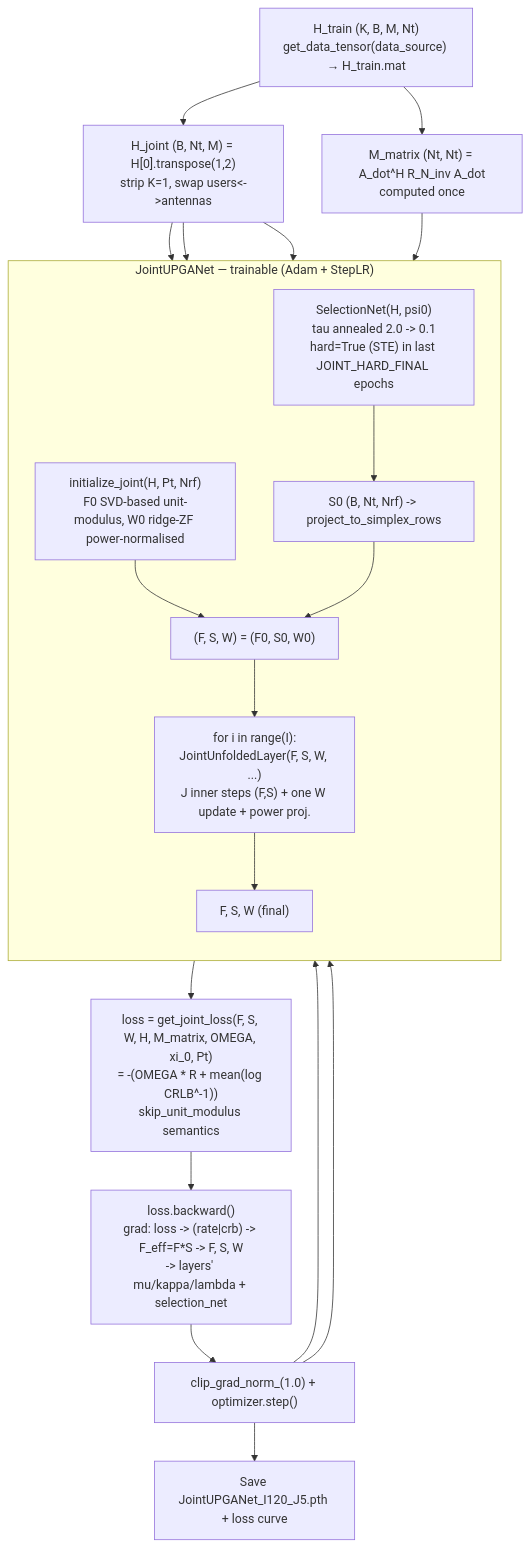
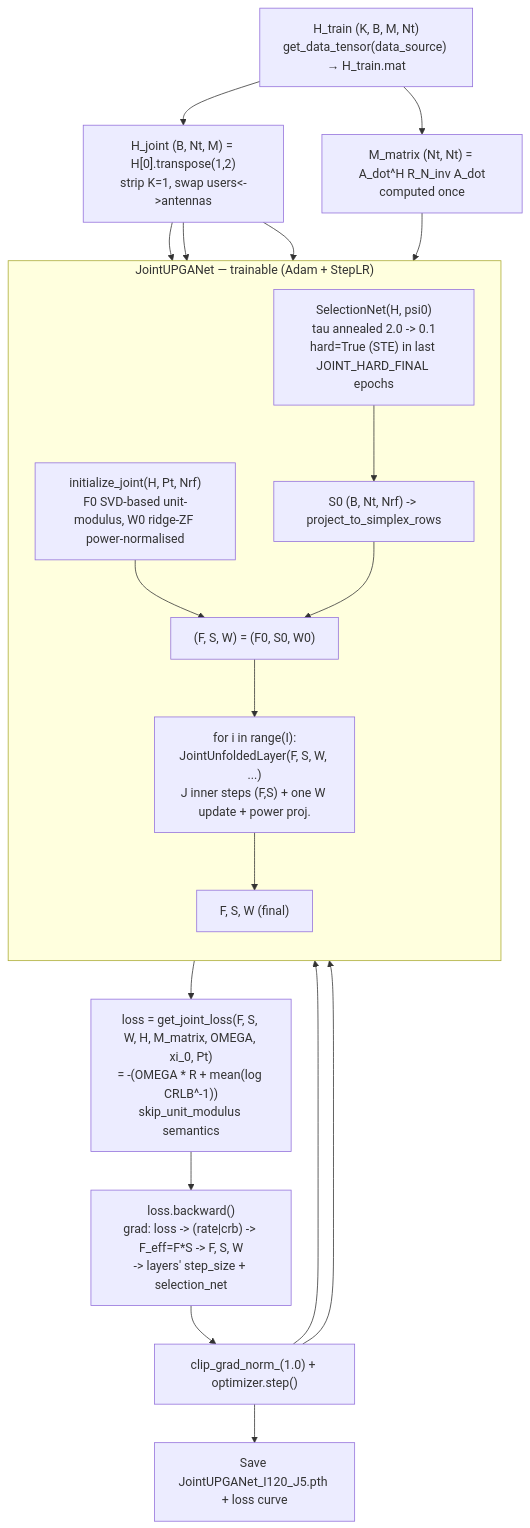
One commit to SurangaPrasad/hbf_pc_isac changed the diagram in docs/JOINT_UPGA_TRAINING.md. Above: the diagram before and after it, drawn with Mermaid. The commit also changed other lines of this file and 1 other file, not shown here.

````diff
--- a/docs/JOINT_UPGA_TRAINING.md
+++ b/docs/JOINT_UPGA_TRAINING.md
@@ -151,30 +200,30 @@
 ```mermaid
 flowchart TB
     DATA["H_train (K, B, M, Nt)<br/>get_data_tensor(data_source) → H_train.mat"]
     DATA --> HJ["H_joint (B, Nt, M) = H[0].transpose(1,2)<br/>strip K=1, swap users<->antennas"]
     DATA --> MM["M_matrix (Nt, Nt) = A_dot^H R_N_inv A_dot<br/>computed once"]
 
     subgraph MODEL["JointUPGANet — trainable (Adam + StepLR)"]
         direction TB
         INIT["initialize_joint(H, Pt, Nrf)<br/>F0 SVD-based unit-modulus, W0 ridge-ZF power-normalised"]
         SEL["SelectionNet(H, psi0)<br/>tau annealed 2.0 -> 0.1<br/>hard=True (STE) in last JOINT_HARD_FINAL epochs"]
         SEL --> S0["S0 (B, Nt, Nrf) -> project_to_simplex_rows"]
         INIT --> L0["(F, S, W) = (F0, S0, W0)"]
         S0 --> L0
         L0 --> LAYERS["for i in range(I):<br/>JointUnfoldedLayer(F, S, W, ...)<br/>J inner steps (F,S) + one W update + power proj."]
         LAYERS --> OUT["F, S, W  (final)"]
     end
 
     HJ --> INIT
     HJ --> SEL
     HJ --> LAYERS
     MM --> LAYERS
 
     OUT --> LOSS["loss = get_joint_loss(F, S, W, H, M_matrix, OMEGA, xi_0, Pt)<br/>= -(OMEGA * R + mean(log CRLB^-1))<br/>skip_unit_modulus semantics"]
-    LOSS --> BP["loss.backward()<br/>grad: loss -> (rate|crb) -> F_eff=F*S -> F, S, W<br/>-> layers' mu/kappa/lambda + selection_net"]
+    LOSS --> BP["loss.backward()<br/>grad: loss -> (rate|crb) -> F_eff=F*S -> F, S, W<br/>-> layers' step_size + selection_net"]
     BP --> OPT["clip_grad_norm_(1.0) + optimizer.step()"]
     OPT --> LAYERS
     OPT --> SEL
 
     OPT --> SAVE["Save JointUPGANet_I120_J5.pth + loss curve"]
 ```
````
